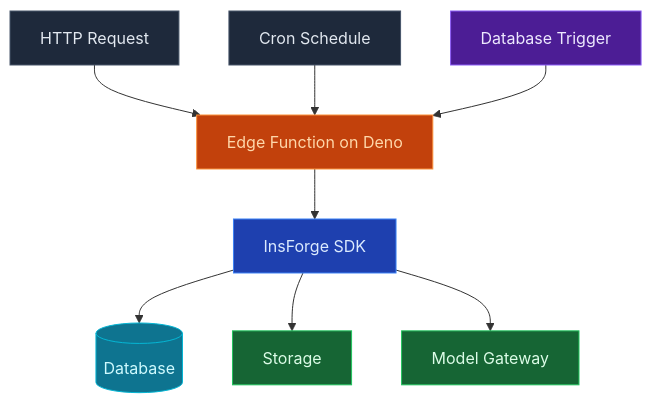
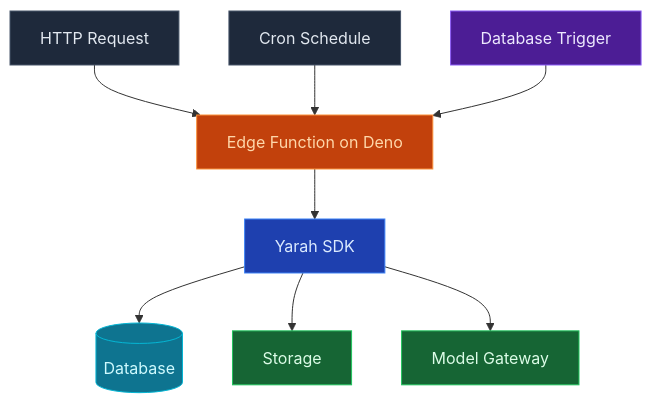
Before and after one commit to Darts7u7/Yarah-oos: the diagram in docs/core-concepts/functions/overview.mdx, drawn with Mermaid. The commit also changed other lines of this file and 1141 other files, not shown here.

````diff
--- a/docs/core-concepts/functions/overview.mdx
+++ b/docs/core-concepts/functions/overview.mdx
@@ -13,20 +13,20 @@
 ```mermaid
 graph TB
     HTTP[HTTP Request] --> Fn[Edge Function on Deno]
     Schedule[Cron Schedule] --> Fn
     Trigger[Database Trigger] --> Fn
 
-    Fn --> SDK[InsForge SDK]
+    Fn --> SDK[Yarah SDK]
     SDK --> DB[(Database)]
     SDK --> Storage[Storage]
     SDK --> Gateway[Model Gateway]
 
     style HTTP fill:#1e293b,stroke:#475569,color:#e2e8f0
     style Schedule fill:#1e293b,stroke:#475569,color:#e2e8f0
     style Trigger fill:#4c1d95,stroke:#8b5cf6,color:#ede9fe
     style Fn fill:#c2410c,stroke:#fb923c,color:#fed7aa
     style SDK fill:#1e40af,stroke:#3b82f6,color:#dbeafe
     style DB fill:#0e7490,stroke:#06b6d4,color:#cffafe
     style Storage fill:#166534,stroke:#22c55e,color:#dcfce7
     style Gateway fill:#166534,stroke:#22c55e,color:#dcfce7
 ```
````
